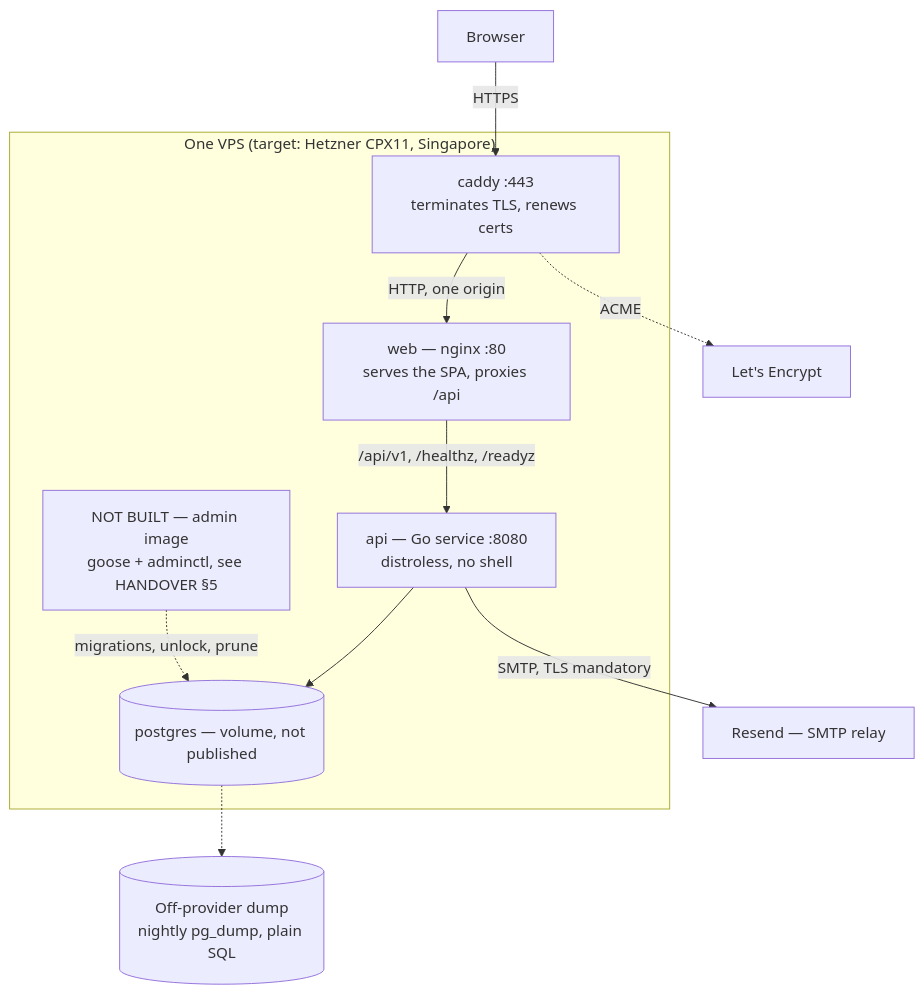
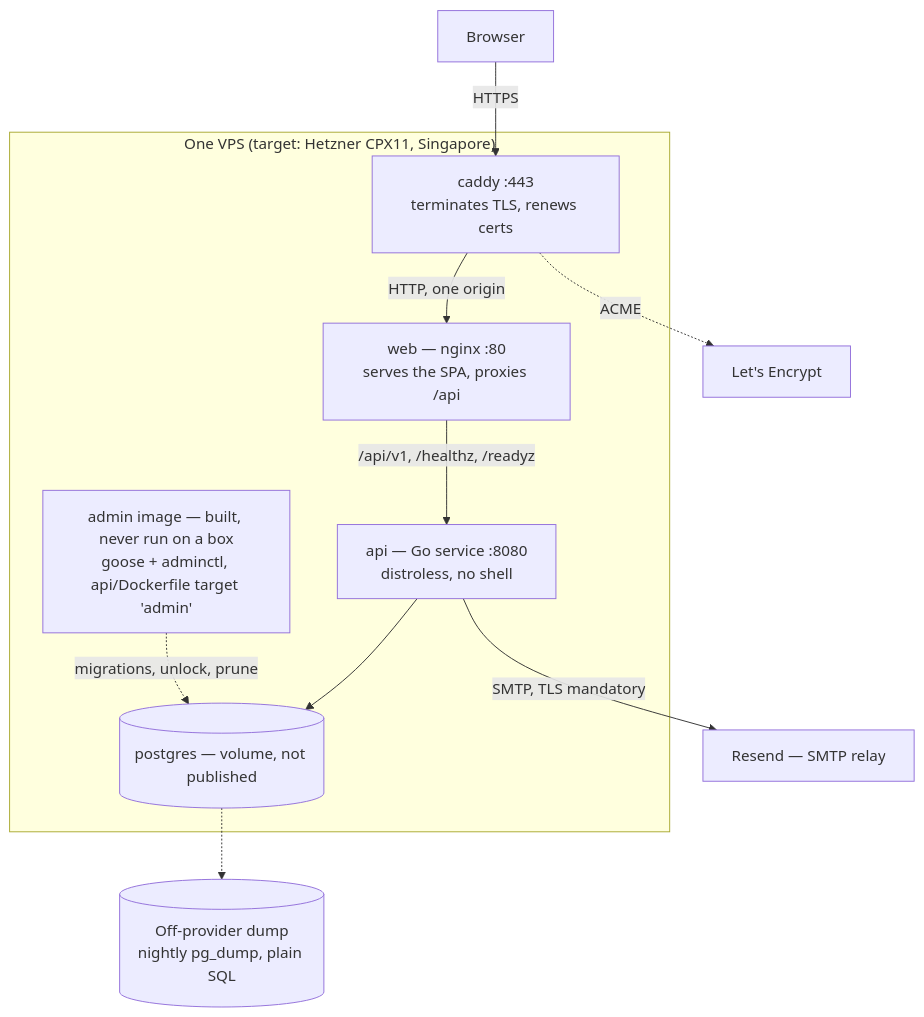
One commit to oandrz/Household changed the second of 15 diagrams in docs/SYSTEM_DESIGN.md. Above: the diagram before and after it, drawn with Mermaid. The commit also changed other lines of this file and 4 other files, not shown here.

````diff
--- a/docs/SYSTEM_DESIGN.md
+++ b/docs/SYSTEM_DESIGN.md
@@ -100,25 +112,25 @@
 ```mermaid
 graph TD
     Browser["Browser"]
     LE["Let's Encrypt"]
 
     subgraph host["One VPS (target: Hetzner CPX11, Singapore)"]
         Caddy["caddy :443<br/>terminates TLS, renews certs"]
         Nginx["web — nginx :80<br/>serves the SPA, proxies /api"]
         API["api — Go service :8080<br/>distroless, no shell"]
         PG[("postgres — volume, not published")]
-        Admin["NOT BUILT — admin image<br/>goose + adminctl, see HANDOVER §5"]
+        Admin["admin image — built, never run on a box<br/>goose + adminctl, api/Dockerfile target 'admin'"]
     end
 
     Relay["Resend — SMTP relay"]
     Backup[("Off-provider dump<br/>nightly pg_dump, plain SQL")]
 
     Browser -->|HTTPS| Caddy
     Caddy -->|"HTTP, one origin"| Nginx
     Nginx -->|"/api/v1, /healthz, /readyz"| API
     API --> PG
     API -->|"SMTP, TLS mandatory"| Relay
     Caddy -.->|"ACME"| LE
     Admin -.->|"migrations, unlock, prune"| PG
     PG -.-> Backup
 ```
````
